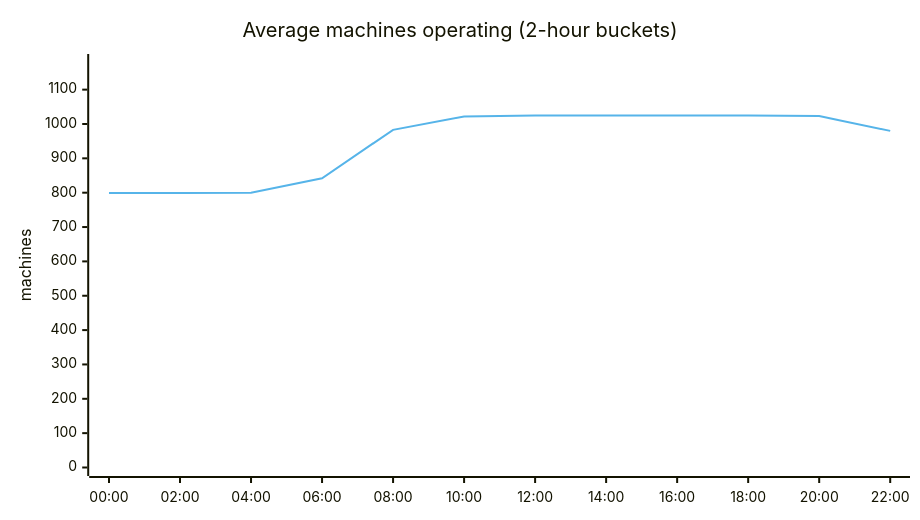
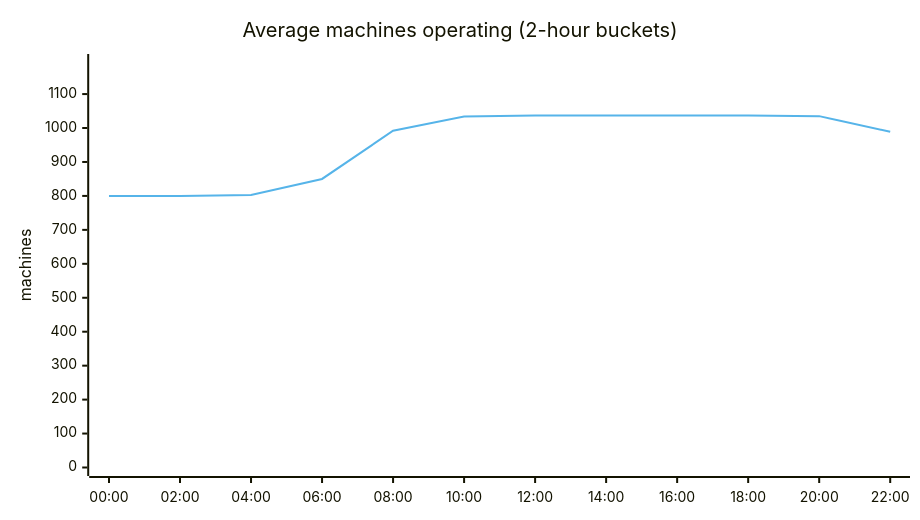
One commit to cheeaun/returnright-data changed the third of 7 diagrams in ANALYSIS.md. Above: the diagram before and after it, drawn with Mermaid. The commit also changed other lines of this file and 3 other files, not shown here.

````diff
--- a/ANALYSIS.md
+++ b/ANALYSIS.md
@@ -91,15 +89,15 @@
 ```mermaid
 ---
 config:
   themeVariables:
     xyChart:
       plotColorPalette: "#56B4E9"
   xyChart:
     width: 900
 ---
 xychart-beta
     title "Average machines operating (2-hour buckets)"
     x-axis ["00:00", "02:00", "04:00", "06:00", "08:00", "10:00", "12:00", "14:00", "16:00", "18:00", "20:00", "22:00"]
-    y-axis "machines" 0 --> 1179
-    line [799, 799, 800, 842, 983, 1022, 1025, 1025, 1025, 1025, 1023, 980]
+    y-axis "machines" 0 --> 1193
+    line [800, 800, 803, 850, 992, 1034, 1037, 1037, 1037, 1037, 1035, 989]
 ```
````
